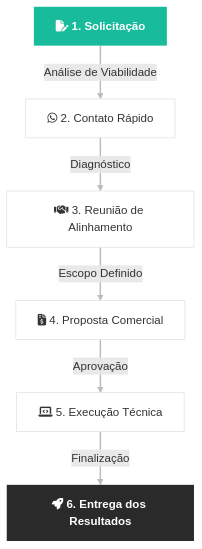
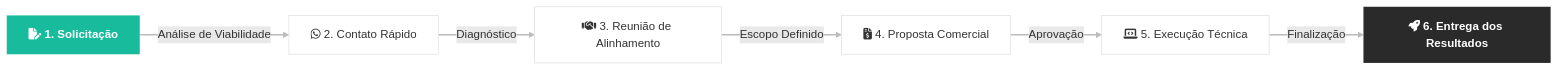
The first of 2 diagrams in consultoria.qmd (Alexssandrosilv/Alexssadrosilv.github.io), drawn with Mermaid before and after one commit. The commit also changed other lines of this file, not shown here.

````diff
--- a/consultoria.qmd
+++ b/consultoria.qmd
@@ -29,21 +29,21 @@
 ```{mermaid}
 %%| fig-align: center
-flowchart TD
+flowchart LR
     A[<i class='fa-solid fa-file-pen'></i> 1. Solicitação] -->|Análise de Viabilidade| B[<i class='fa-brands fa-whatsapp'></i> 2. Contato Rápido]
     B -->|Diagnóstico| C[<i class='fa-solid fa-handshake'></i> 3. Reunião de Alinhamento]
     C -->|Escopo Definido| D[<i class='fa-solid fa-file-invoice-dollar'></i> 4. Proposta Comercial]
     D -->|Aprovação| E[<i class='fa-solid fa-laptop-code'></i> 5. Execução Técnica]
     E -->|Finalização| F[<i class='fa-solid fa-rocket'></i> 6. Entrega dos Resultados]
 
     %% ESTILIZAÇÃO PROFISSIONAL (Cores da Marca)
     classDef start fill:#18bc9c,stroke:#18bc9c,color:#fff,stroke-width:0px,font-weight:bold;
     classDef process fill:#fff,stroke:#e0e0e0,color:#333,stroke-width:1px;
     classDef endNode fill:#2a2a2a,stroke:#2a2a2a,color:#fff,stroke-width:0px,font-weight:bold;
 
     class A start;
     class B,C,D,E process;
     class F endNode;
     
     linkStyle default stroke:#bbb,stroke-width:2px;
 
 ```    
````
